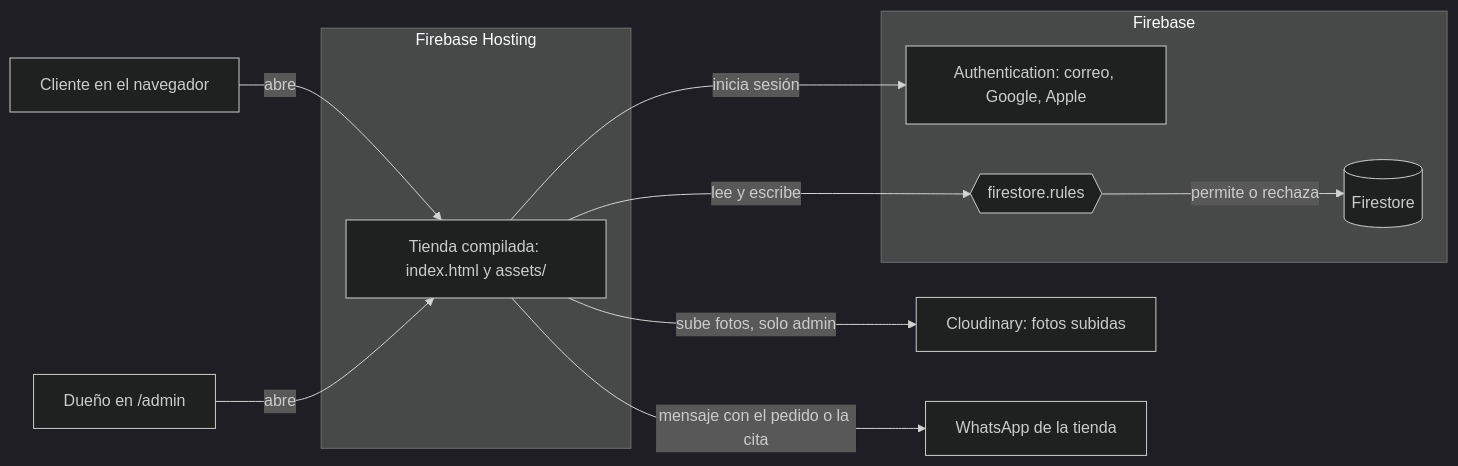
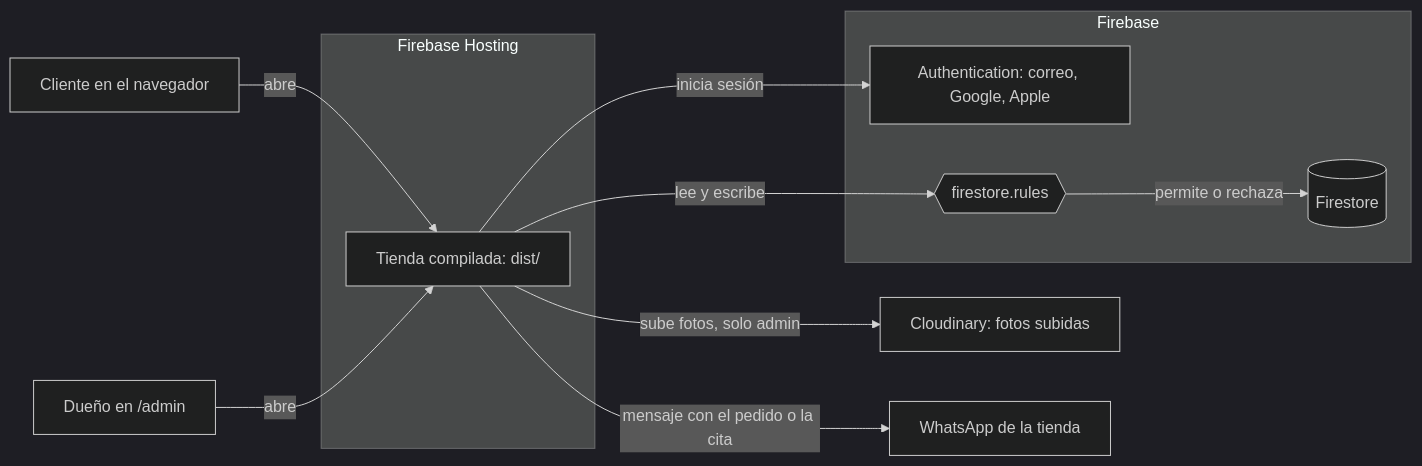
The first of 5 diagrams in docs/ARQUITECTURA.md (JMMM11/KIREITECHNOLOGY), drawn with Mermaid (dark theme) before and after one commit. The commit also changed other lines of this file and 148 other files, not shown here.

````diff
--- a/docs/ARQUITECTURA.md
+++ b/docs/ARQUITECTURA.md
@@ -7,26 +7,26 @@
 ```mermaid
 flowchart LR
   cliente["Cliente en el navegador"]
   admin["Dueño en /admin"]
 
   subgraph hosting["Firebase Hosting"]
-    web["Tienda compilada: index.html y assets/"]
+    web["Tienda compilada: dist/"]
   end
 
   subgraph firebase["Firebase"]
     auth["Authentication: correo, Google, Apple"]
     db[("Firestore")]
     reglas{{"firestore.rules"}}
   end
 
   cloudinary["Cloudinary: fotos subidas"]
   whatsapp["WhatsApp de la tienda"]
 
   cliente -->|abre| web
   admin -->|abre| web
   web -->|inicia sesión| auth
   web -->|lee y escribe| reglas
   reglas -->|permite o rechaza| db
   web -->|sube fotos, solo admin| cloudinary
   web -->|mensaje con el pedido o la cita| whatsapp
 ```
````
